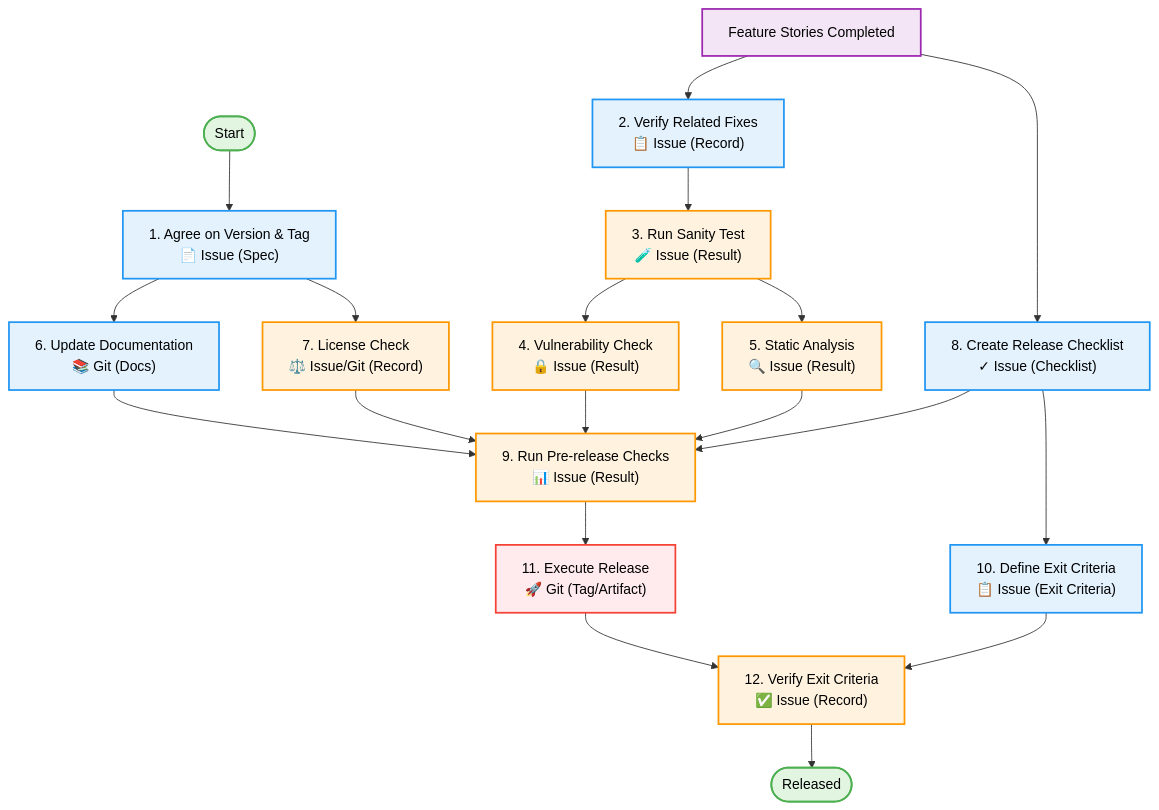
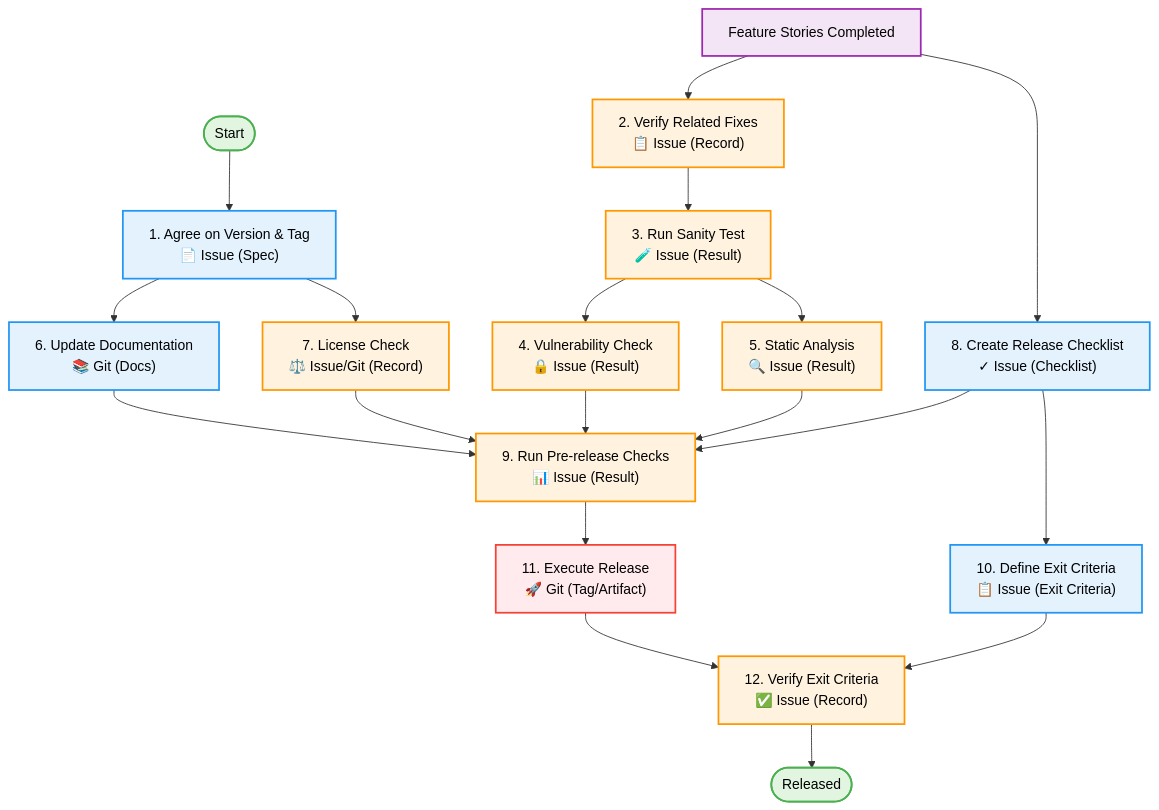
The fourth of 4 diagrams in knowledge/workflows/workflow.md (LongbowXXX/terraformer), drawn with Mermaid before and after one commit.

````diff
--- a/knowledge/workflows/workflow.md
+++ b/knowledge/workflows/workflow.md
@@ -180,35 +180,35 @@
 ```mermaid
 graph TD
     Start([Start]) --> T1
     Features[Feature Stories Completed] --> T2
 
     T1["1. Agree on Version & Tag<br/>📄 Issue (Spec)"] --> T6
     T1 --> T7
     T2["2. Verify Related Fixes<br/>📋 Issue (Record)"] --> T3
     T3["3. Run Sanity Test<br/>🧪 Issue (Result)"] --> T4
     T3 --> T5
     T4["4. Vulnerability Check<br/>🔒 Issue (Result)"] --> T9
     T5["5. Static Analysis<br/>🔍 Issue (Result)"] --> T9
     T6["6. Update Documentation<br/>📚 Git (Docs)"] --> T9
     T7["7. License Check<br/>⚖️ Issue/Git (Record)"] --> T9
     T8["8. Create Release Checklist<br/>✓ Issue (Checklist)"] --> T9
     Features --> T8
     T8 --> T10
     T9["9. Run Pre-release Checks<br/>📊 Issue (Result)"] --> T11
     T10["10. Define Exit Criteria<br/>📋 Issue (Exit Criteria)"] --> T12
     T11["11. Execute Release<br/>🚀 Git (Tag/Artifact)"] --> T12
     T12["12. Verify Exit Criteria<br/>✅ Issue (Record)"] --> End
     End([Released])
 
     classDef startEnd fill:#e1f5e1,stroke:#4caf50,stroke-width:2px,color:#000
     classDef prereq fill:#f3e5f5,stroke:#9c27b0,stroke-width:2px,color:#000
     classDef task fill:#e3f2fd,stroke:#2196f3,stroke-width:2px,color:#000
     classDef check fill:#fff3e0,stroke:#ff9800,stroke-width:2px,color:#000
     classDef release fill:#ffebee,stroke:#f44336,stroke-width:2px,color:#000
 
     class Start,End startEnd
     class Features prereq
-    class T1,T2,T6,T8,T10 task
-    class T3,T4,T5,T7,T9,T12 check
+    class T1,T6,T8,T10 task
+    class T2,T3,T4,T5,T7,T9,T12 check
     class T11 release
 ```
````
